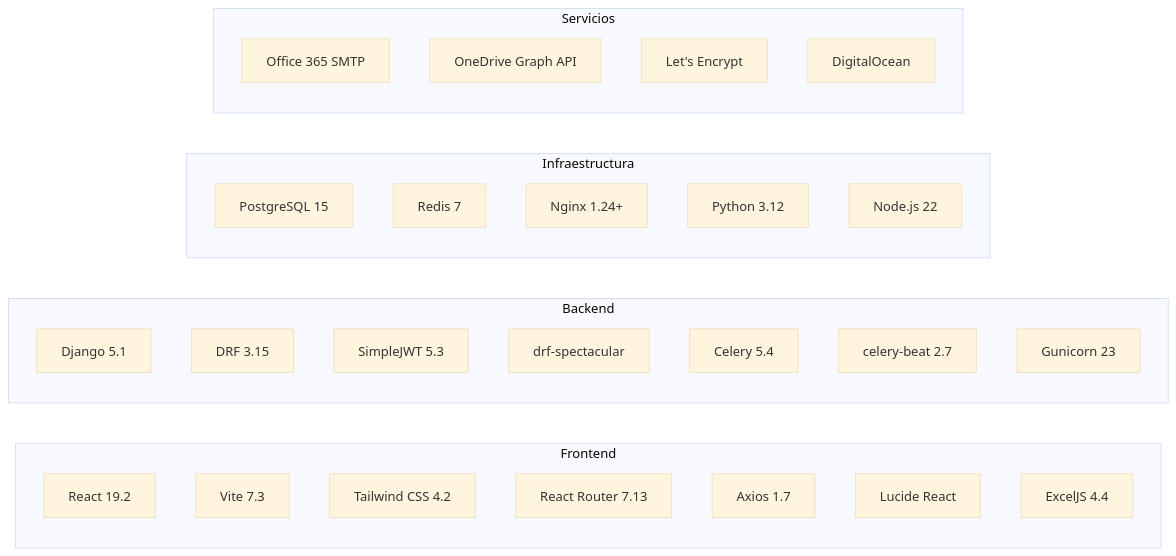
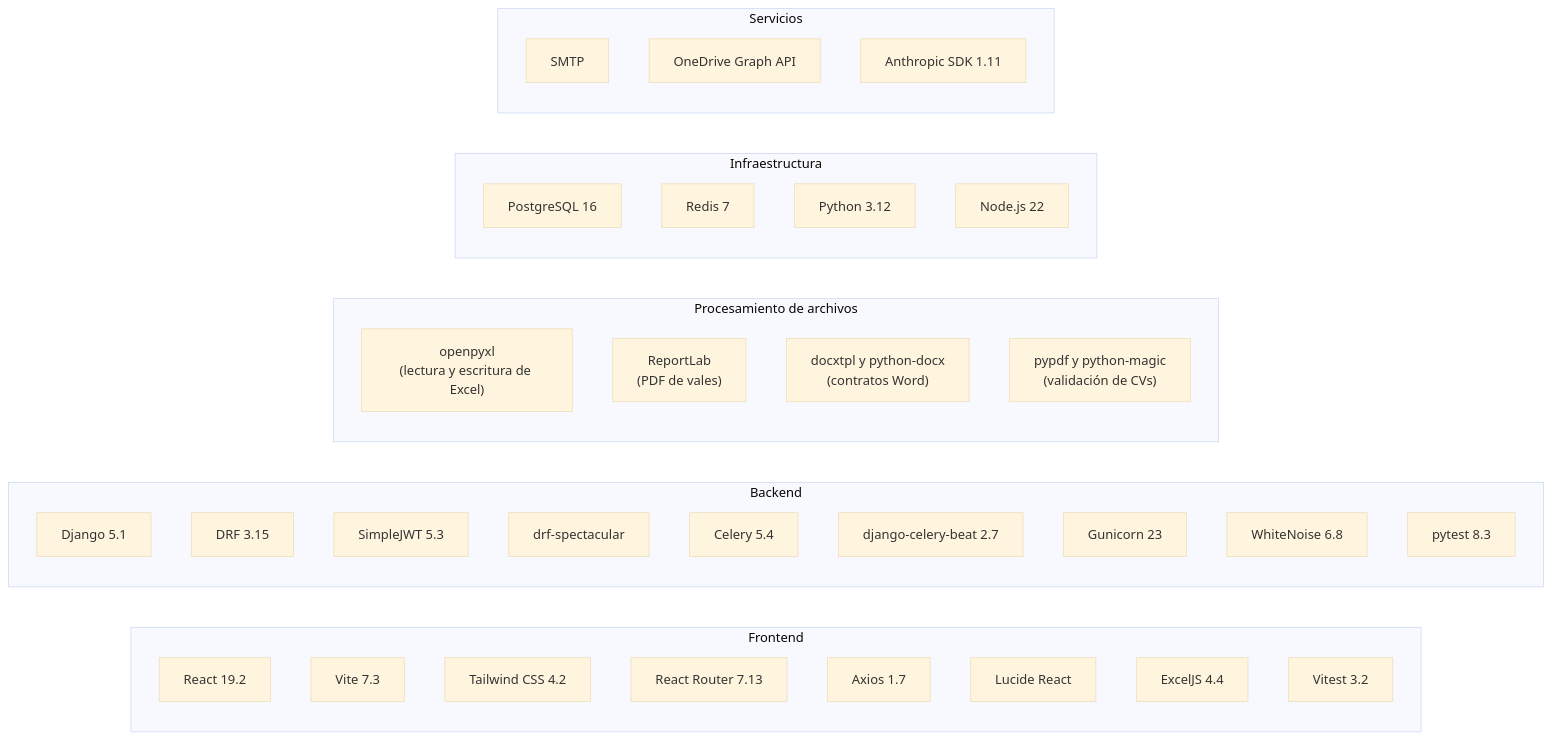
The ninth of 10 diagrams in docs/02_Arquitectura_Alto_Nivel.md (pccpegit/SYSPCCLOG), drawn with Mermaid (base theme) before and after one commit. The commit also changed other lines of this file and 42 other files, not shown here.

````diff
--- a/docs/02_Arquitectura_Alto_Nivel.md
+++ b/docs/02_Arquitectura_Alto_Nivel.md
@@ -423,37 +488,45 @@
 ```mermaid
 graph LR
     subgraph "Frontend"
         R19["React 19.2"]
         V7["Vite 7.3"]
         TW4["Tailwind CSS 4.2"]
         RR7["React Router 7.13"]
         AX["Axios 1.7"]
         LU["Lucide React"]
         EX["ExcelJS 4.4"]
+        VT["Vitest 3.2"]
     end
 
     subgraph "Backend"
         DJ["Django 5.1"]
         DRF["DRF 3.15"]
         SJWT["SimpleJWT 5.3"]
         SPEC["drf-spectacular"]
         CEL["Celery 5.4"]
-        CB["celery-beat 2.7"]
+        CB["django-celery-beat 2.7"]
         GU["Gunicorn 23"]
+        WN["WhiteNoise 6.8"]
+        PT["pytest 8.3"]
+    end
+
+    subgraph "Procesamiento de archivos"
+        OPX["openpyxl<br/>(lectura y escritura de Excel)"]
+        RL["ReportLab<br/>(PDF de vales)"]
+        DT["docxtpl y python-docx<br/>(contratos Word)"]
+        PP["pypdf y python-magic<br/>(validación de CVs)"]
     end
 
     subgraph "Infraestructura"
-        PG3["PostgreSQL 15"]
+        PG3["PostgreSQL 16"]
         RD["Redis 7"]
-        NX["Nginx 1.24+"]
         PY["Python 3.12"]
         NO["Node.js 22"]
     end
 
     subgraph "Servicios"
-        O3["Office 365 SMTP"]
+        O3["SMTP"]
         OD2["OneDrive Graph API"]
-        LE["Let's Encrypt"]
-        DO["DigitalOcean"]
+        AN2["Anthropic SDK 1.11"]
     end
 ```
````
